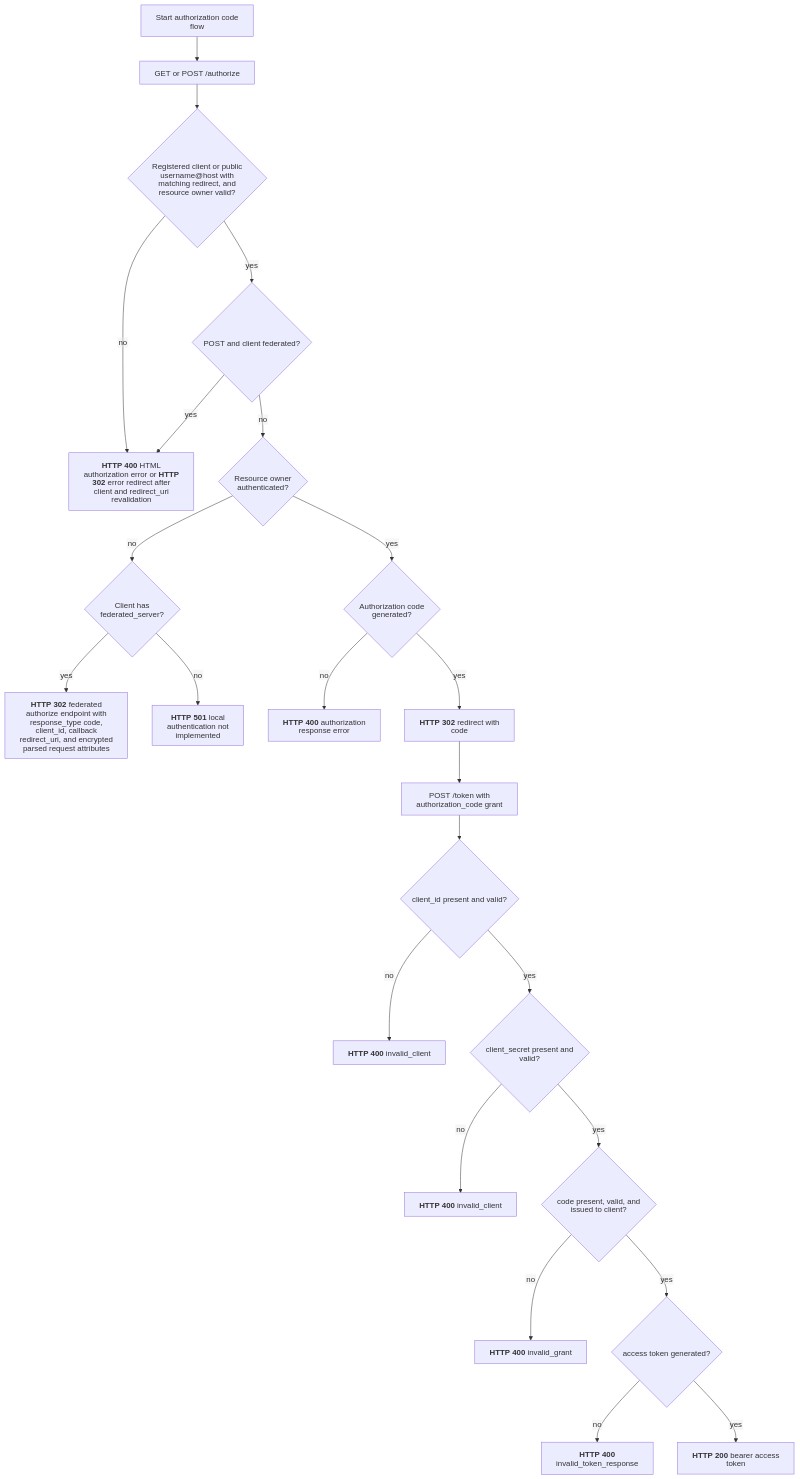
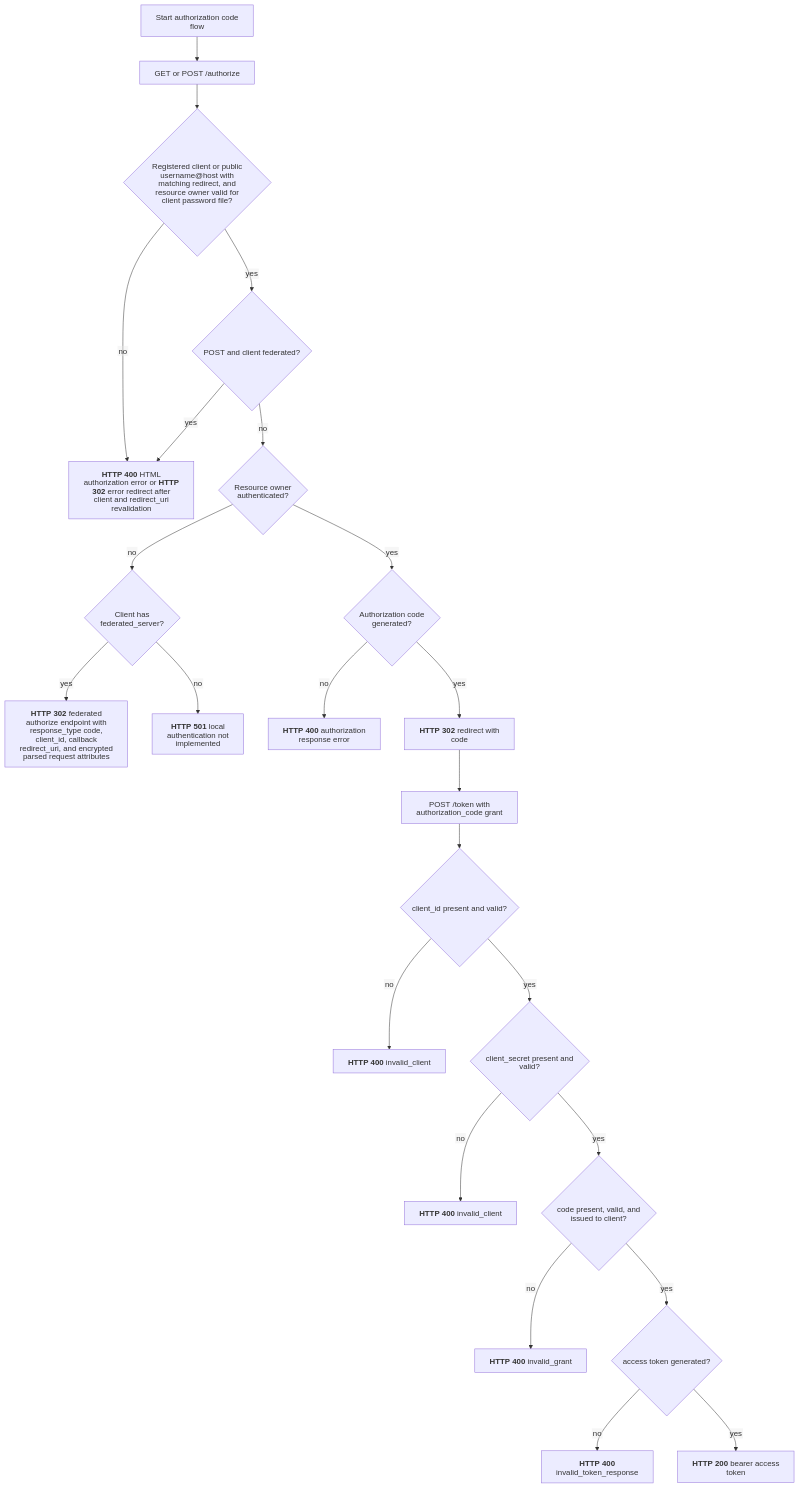
One commit to malach-it/kagome changed the diagram in docs/flows/oauth/authorization_code.mmd. Above: the diagram before and after it, drawn with Mermaid. The commit also changed 26 other files, not shown here.

Commit message:
feat: add per-client nginx password files

```diff
--- a/docs/flows/oauth/authorization_code.mmd
+++ b/docs/flows/oauth/authorization_code.mmd
@@ -1,24 +1,24 @@
 %%{init: {"htmlLabels": false, "flowchart": {"htmlLabels": false}}}%%
 flowchart TD
     start[Start authorization code flow] --> authorize[GET or POST /authorize]
-    authorize --> authorize_valid{Registered client or public username@host with matching redirect, and resource owner valid?}
+    authorize --> authorize_valid{Registered client or public username@host with matching redirect, and resource owner valid for client password file?}
     authorize_valid -- no --> authorize_error["`**HTTP 400** HTML authorization error or **HTTP 302** error redirect after client and redirect_uri revalidation`"]
     authorize_valid -- yes --> federated_post{POST and client federated?}
     federated_post -- yes --> authorize_error
     federated_post -- no --> owner{Resource owner authenticated?}
     owner -- no --> federation{Client has federated_server?}
     federation -- yes --> federated_redirect["`**HTTP 302** federated authorize endpoint with response_type code, client_id, callback redirect_uri, and encrypted parsed request attributes`"]
     federation -- no --> not_implemented["`**HTTP 501** local authentication not implemented`"]
     owner -- yes --> issue{Authorization code generated?}
     issue -- no --> issue_error["`**HTTP 400** authorization response error`"]
     issue -- yes --> redirect["`**HTTP 302** redirect with code`"]
     redirect --> token[POST /token with authorization_code grant]
     token --> client_id{client_id present and valid?}
     client_id -- no --> client_error["`**HTTP 400** invalid_client`"]
     client_id -- yes --> secret{client_secret present and valid?}
     secret -- no --> secret_error["`**HTTP 400** invalid_client`"]
     secret -- yes --> code{code present, valid, and issued to client?}
     code -- no --> code_error["`**HTTP 400** invalid_grant`"]
     code -- yes --> generate{access token generated?}
     generate -- no --> generation_error["`**HTTP 400** invalid_token_response`"]
     generate -- yes --> success["`**HTTP 200** bearer access token`"]
```
